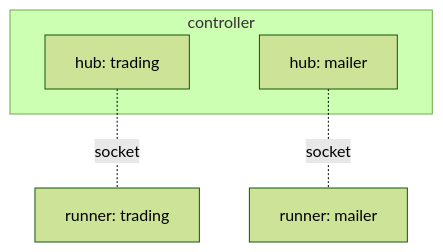
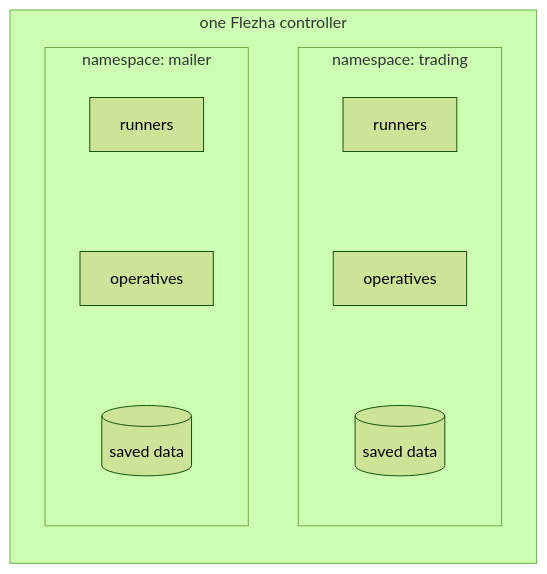
Before and after one commit to Flezha/flezha: the diagram in docs/guides/tradedesk/namespaces.md, drawn with Mermaid (forest theme). The commit also changed other lines of this file and 15 other files, not shown here.

````diff
--- a/docs/guides/tradedesk/namespaces.md
+++ b/docs/guides/tradedesk/namespaces.md
@@ -100,9 +21,13 @@
 ```mermaid
-flowchart TB
-    subgraph C["controller"]
-        HT["hub: trading"]
-        HM["hub: mailer"]
+flowchart LR
+    subgraph C["one Flezha controller"]
+        subgraph T["namespace: trading"]
+            direction TB
+            T1["runners"] ~~~ T2["operatives"] ~~~ T3[("saved data")]
+        end
+        subgraph M["namespace: mailer"]
+            direction TB
+            M1["runners"] ~~~ M2["operatives"] ~~~ M3[("saved data")]
+        end
     end
-    HT -. socket .- RT["runner: trading"]
-    HM -. socket .- RM["runner: mailer"]
 ```
````
